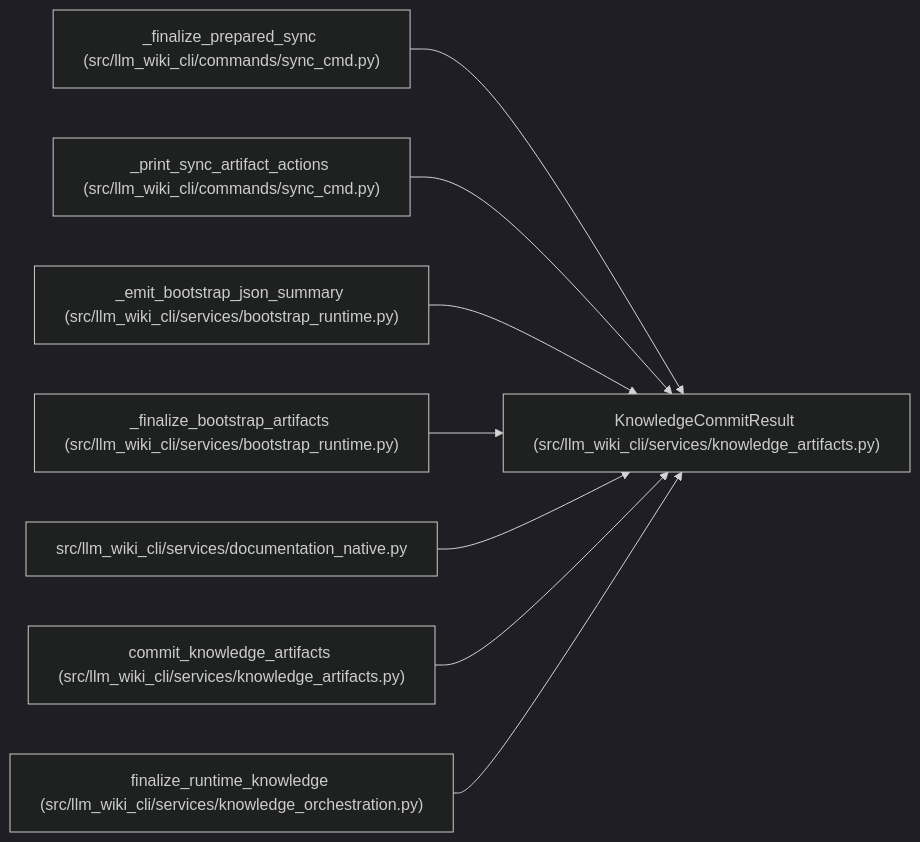
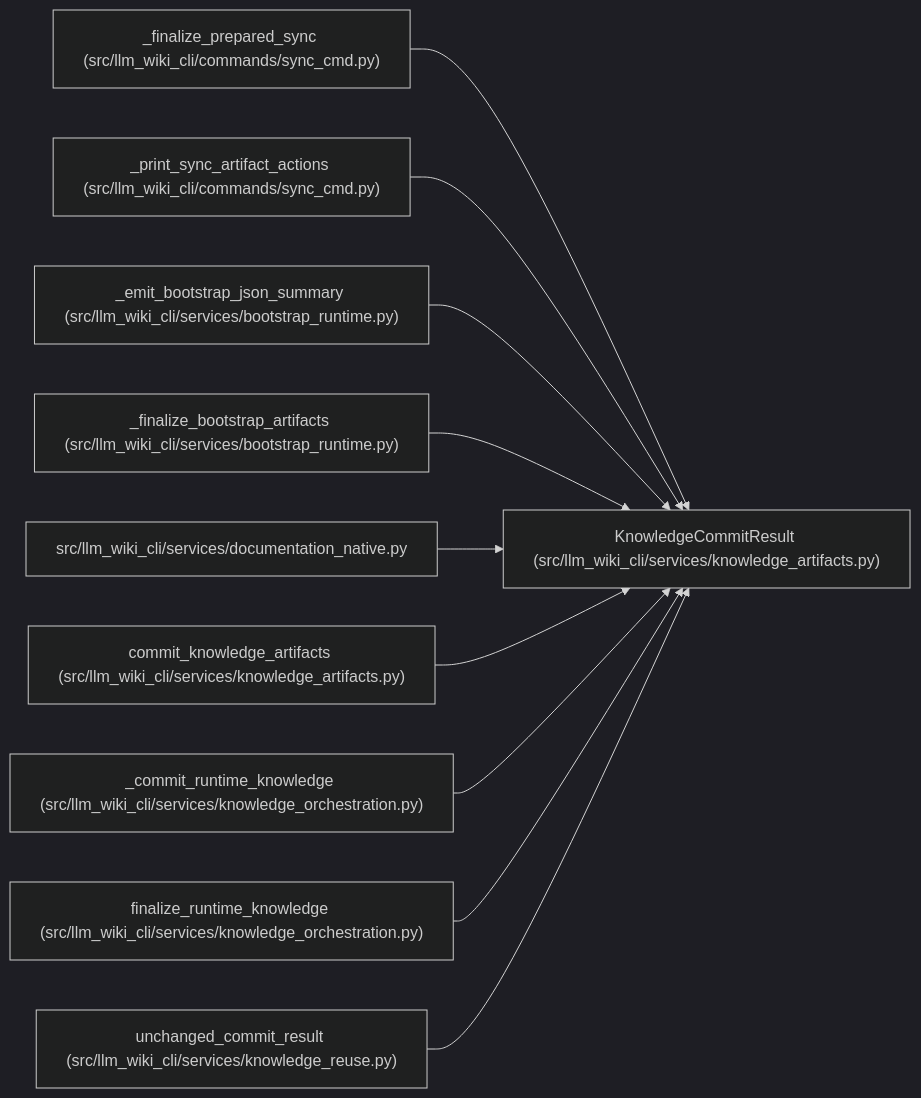
One commit to Denissvgn/python-wiki-llm changed the diagram in docs/llm_wiki/entities/KnowledgeCommitResult.md. Above: the diagram before and after it, drawn with Mermaid (dark theme). The commit also changed other lines of this file and 240 other files, not shown here.

Commit message:
docs: refresh wiki for validated runtime updates

````diff
--- a/docs/llm_wiki/entities/KnowledgeCommitResult.md
+++ b/docs/llm_wiki/entities/KnowledgeCommitResult.md
@@ -34,26 +34,32 @@
 ```mermaid
 flowchart LR
     n0["KnowledgeCommitResult (src/llm_wiki_cli/services/knowledge_artifacts.py)"]
     n1["_finalize_prepared_sync (src/llm_wiki_cli/commands/sync_cmd.py)"]
     n2["_print_sync_artifact_actions (src/llm_wiki_cli/commands/sync_cmd.py)"]
     n3["_emit_bootstrap_json_summary (src/llm_wiki_cli/services/bootstrap_runtime.py)"]
     n4["_finalize_bootstrap_artifacts (src/llm_wiki_cli/services/bootstrap_runtime.py)"]
     n5["src/llm_wiki_cli/services/documentation_native.py"]
     n6["commit_knowledge_artifacts (src/llm_wiki_cli/services/knowledge_artifacts.py)"]
-    n7["finalize_runtime_knowledge (src/llm_wiki_cli/services/knowledge_orchestration.py)"]
+    n7["_commit_runtime_knowledge (src/llm_wiki_cli/services/knowledge_orchestration.py)"]
+    n8["finalize_runtime_knowledge (src/llm_wiki_cli/services/knowledge_orchestration.py)"]
+    n9["unchanged_commit_result (src/llm_wiki_cli/services/knowledge_reuse.py)"]
     n1 --> n0
     n2 --> n0
     n3 --> n0
     n4 --> n0
     n5 --> n0
     n6 --> n0
     n7 --> n0
+    n8 --> n0
+    n9 --> n0
     click n0 "../modules/knowledge_artifacts.md"
     click n1 "../modules/sync_cmd.md"
     click n2 "../modules/sync_cmd.md"
     click n3 "../modules/bootstrap_runtime.md"
     click n4 "../modules/bootstrap_runtime.md"
     click n5 "../modules/documentation_native.md"
     click n6 "../modules/knowledge_artifacts.md"
     click n7 "../modules/knowledge_orchestration.md"
+    click n8 "../modules/knowledge_orchestration.md"
+    click n9 "../modules/knowledge_reuse.md"
 ```
````
